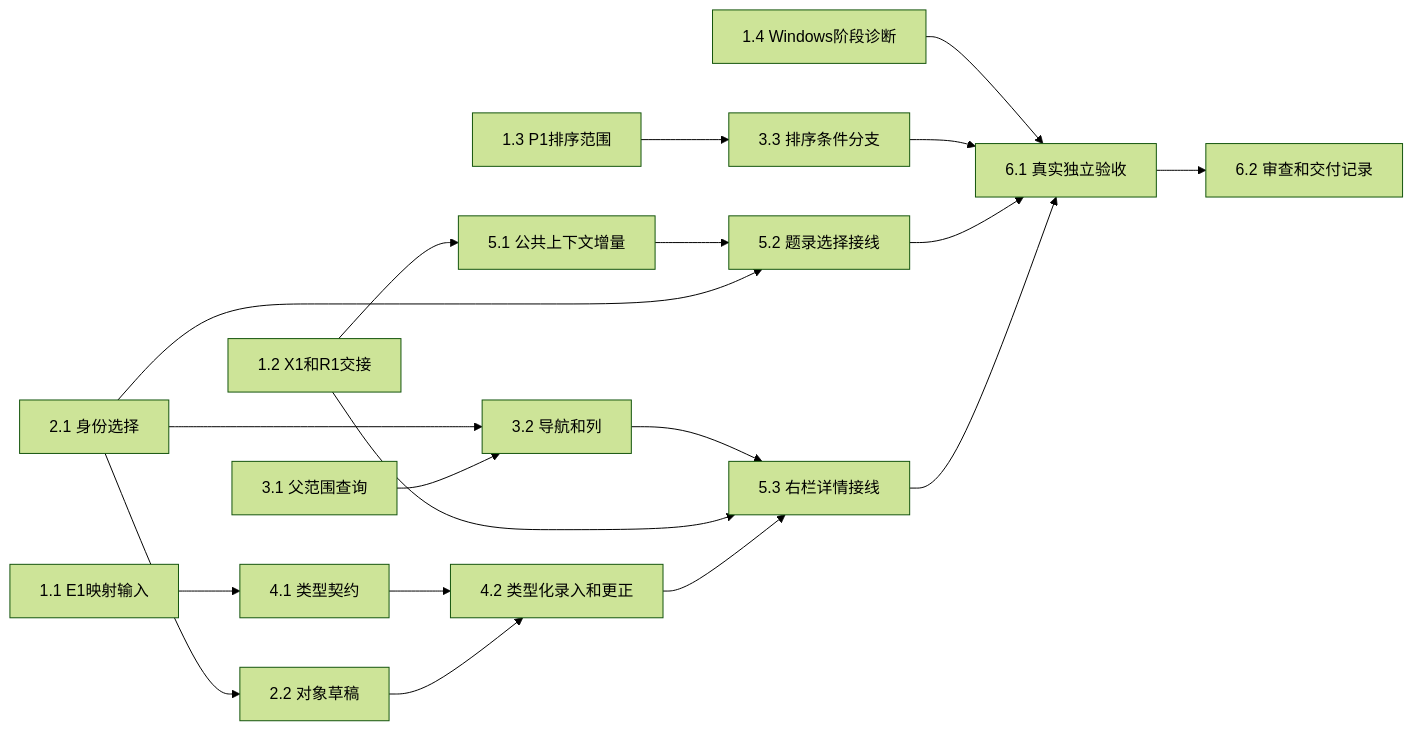
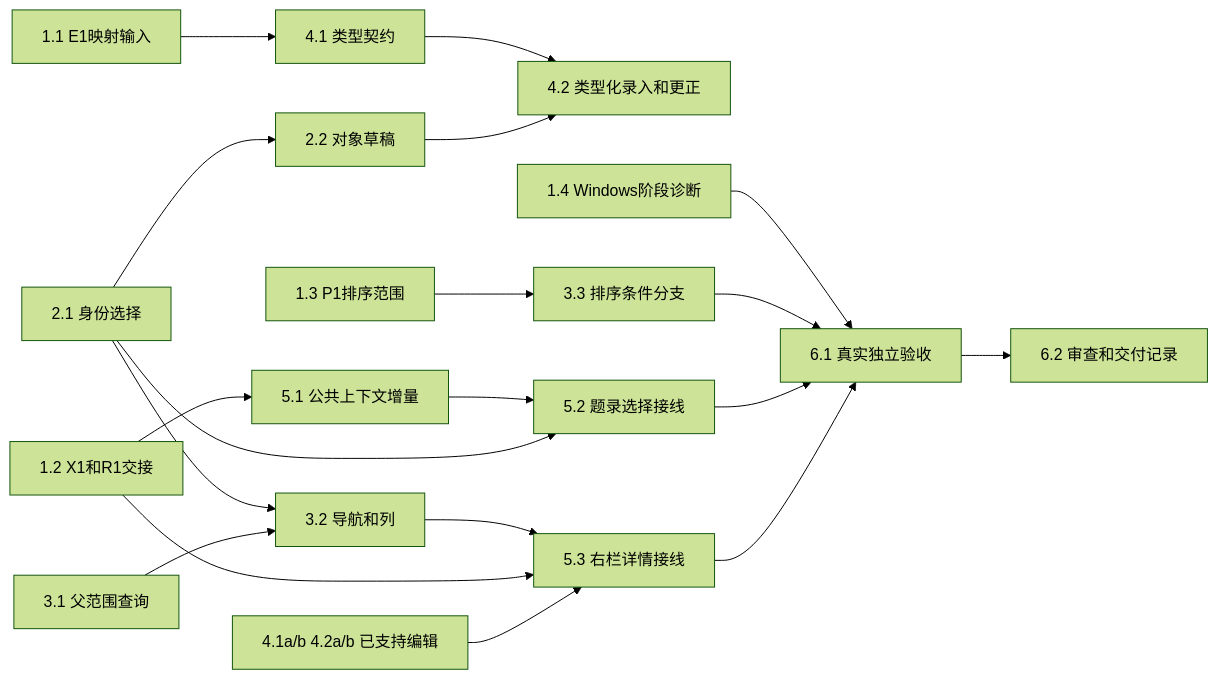
The diagram in openspec/changes/complete-library-catalog-workbench/tasks.md (leike0813/Scholoom), drawn with Mermaid (forest theme) before and after one commit. The commit also changed other lines of this file and 21 other files, not shown here.

````diff
--- a/openspec/changes/complete-library-catalog-workbench/tasks.md
+++ b/openspec/changes/complete-library-catalog-workbench/tasks.md
@@ -17,21 +21,21 @@
 ```mermaid
 flowchart LR
   T21[2.1 身份选择] --> T22[2.2 对象草稿]
   T21 --> T32[3.2 导航和列]
   T31[3.1 父范围查询] --> T32
   T11[1.1 E1映射输入] --> T41[4.1 类型契约]
   T41 --> T42[4.2 类型化录入和更正]
   T22 --> T42
   T12[1.2 X1和R1交接] --> T51[5.1 公共上下文增量]
   T51 --> T52[5.2 题录选择接线]
   T21 --> T52
   T32 --> T53[5.3 右栏详情接线]
   T12 --> T53
-  T42 --> T53
+  T42ab[4.1a/b 4.2a/b 已支持编辑] --> T53
   T13[1.3 P1排序范围] --> T33[3.3 排序条件分支]
   T14[1.4 Windows阶段诊断] --> T61[6.1 真实独立验收]
   T33 --> T61
   T52 --> T61
   T53 --> T61
   T61 --> T62[6.2 审查和交付记录]
 ```
````
